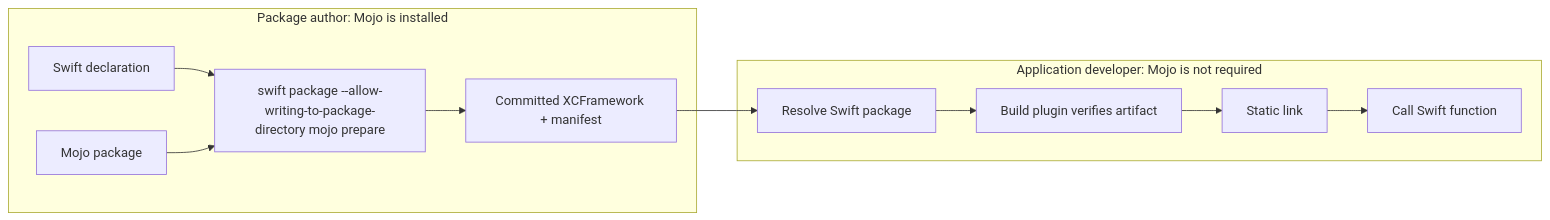
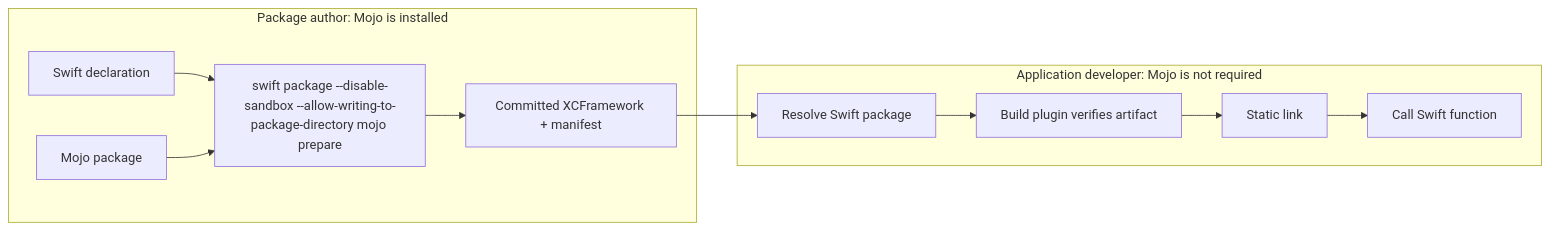
One commit to 1amageek/swift-mojo changed the first of 4 diagrams in README.md. Above: the diagram before and after it, drawn with Mermaid. The commit also changed other lines of this file and 29 other files, not shown here.

````diff
--- a/README.md
+++ b/README.md
@@ -174,19 +174,19 @@
 ```mermaid
 flowchart LR
     subgraph Author["Package author: Mojo is installed"]
         S["Swift declaration"]
         M["Mojo package"]
-        P["swift package --allow-writing-to-package-directory mojo prepare"]
+        P["swift package --disable-sandbox --allow-writing-to-package-directory mojo prepare"]
         A["Committed XCFramework + manifest"]
         S --> P
         M --> P --> A
     end
     subgraph Consumer["Application developer: Mojo is not required"]
         R["Resolve Swift package"]
         V["Build plugin verifies artifact"]
         L["Static link"]
         C["Call Swift function"]
         R --> V --> L --> C
     end
     A --> R
 ```
````
